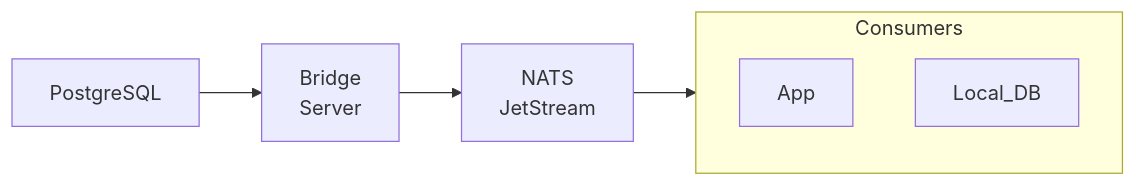
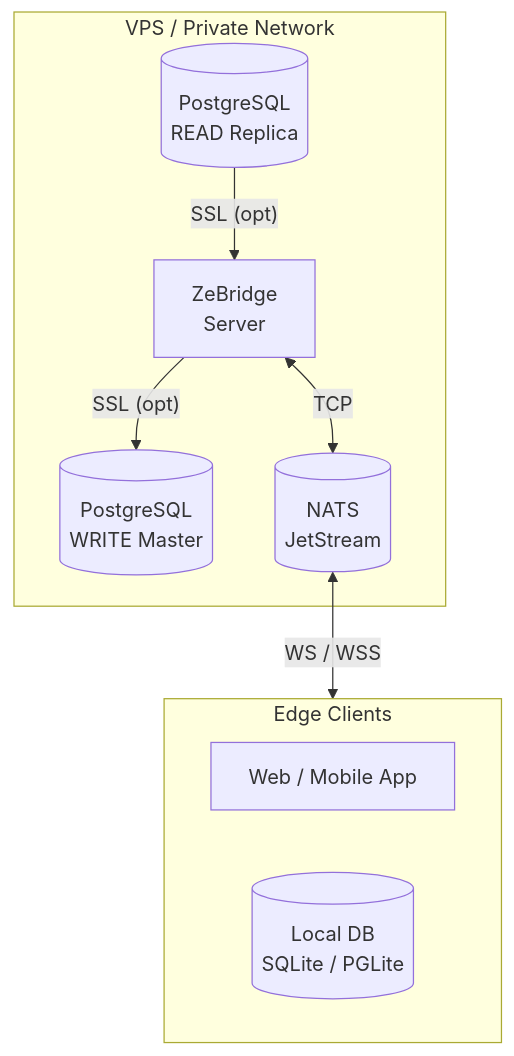
The first of 2 diagrams in README.md (ndrean/ZeBridge), drawn with Mermaid before and after one commit. The commit also changed other lines of this file, not shown here.

Commit message:
docs: fix Mermaid diagram syntax in README.md

````diff
--- a/README.md
+++ b/README.md
@@ -14,12 +14,20 @@
 ```mermaid
-flowchart LR
-    PG[PostgreSQL] --> Bridge[Bridge <br>Server]
-    Bridge --> NATS[NATS <br>JetStream]
+flowchart TD
+    subgraph VPS["VPS / Private Network"]
+        PG_W[("PostgreSQL<br>WRITE Master")]
+        PG_R[("PostgreSQL<br>READ Replica")]
+        Bridge["ZeBridge<br>Server"]
+        NATS[("NATS<br>JetStream")]
 
-    NATS --> Consumers
+        PG_R -- "SSL (opt)" --> Bridge
+        Bridge -- "SSL (opt)" --> PG_W
+        Bridge <--> |"TCP"| NATS
+    end
 
-    subgraph Consumers
-      App
-      Local_DB
+    NATS <--> |"WS / WSS"| Consumers
+
+    subgraph Consumers["Edge Clients"]
+        App["Web / Mobile App"]
+        Local_DB[("Local DB<br>SQLite / PGLite")]
     end
 ```
````
